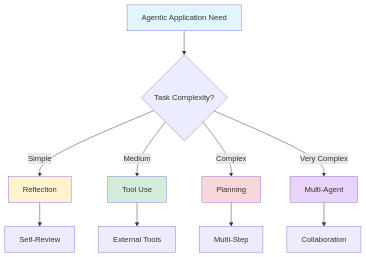
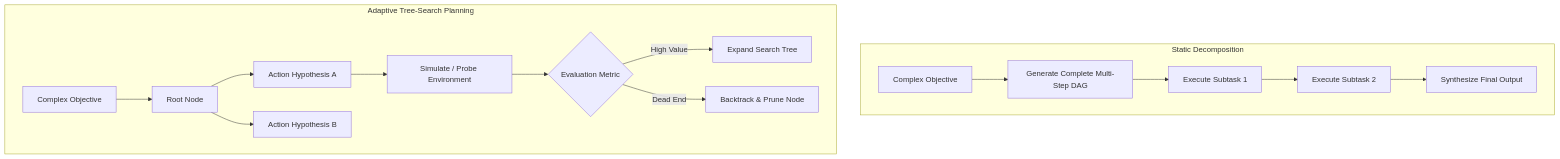
One commit to akillness/akillness.github.io changed the fifth of 7 diagrams in _posts/2024/08/2024-08-05-agentic-application-design-patterns.md. Above: the diagram before and after it, drawn with Mermaid. The commit also changed other lines of this file and 1 other file, not shown here.

Commit message:
archive(dev): rebuild agentic-application-design-patterns from 2024-08 note

````diff
--- a/_posts/2024/08/2024-08-05-agentic-application-design-patterns.md
+++ b/_posts/2024/08/2024-08-05-agentic-application-design-patterns.md
@@ -309,19 +132,19 @@
 ```mermaid
 graph TD
-    A[Agentic Application Need] --> B{Task Complexity?}
-    B -->|Simple| C[Reflection]
-    B -->|Medium| D[Tool Use]
-    B -->|Complex| E[Planning]
-    B -->|Very Complex| F[Multi-Agent]
-    
-    C --> C1[Self-Review]
-    D --> D1[External Tools]
-    E --> E1[Multi-Step]
-    F --> F1[Collaboration]
-    
-    style A fill:#e1f5ff
-    style C fill:#fff3cd
-    style D fill:#d4edda
-    style E fill:#f8d7da
-    style F fill:#e7d4f8
+    subgraph PlanAndSolve["Static Decomposition"]
+        Goal1[Complex Objective] --> PlanDAG[Generate Complete Multi-Step DAG]
+        PlanDAG --> Step1[Execute Subtask 1]
+        Step1 --> Step2[Execute Subtask 2]
+        Step2 --> Res1[Synthesize Final Output]
+    end
+
+    subgraph DynamicReplanning["Adaptive Tree-Search Planning"]
+        Goal2[Complex Objective] --> Root[Root Node]
+        Root --> A1[Action Hypothesis A]
+        Root --> A2[Action Hypothesis B]
+        A1 --> Sim1[Simulate / Probe Environment]
+        Sim1 --> Eval1{Evaluation Metric}
+        Eval1 -->|High Value| Expand[Expand Search Tree]
+        Eval1 -->|Dead End| Prune[Backtrack & Prune Node]
+    end
 ```
````
